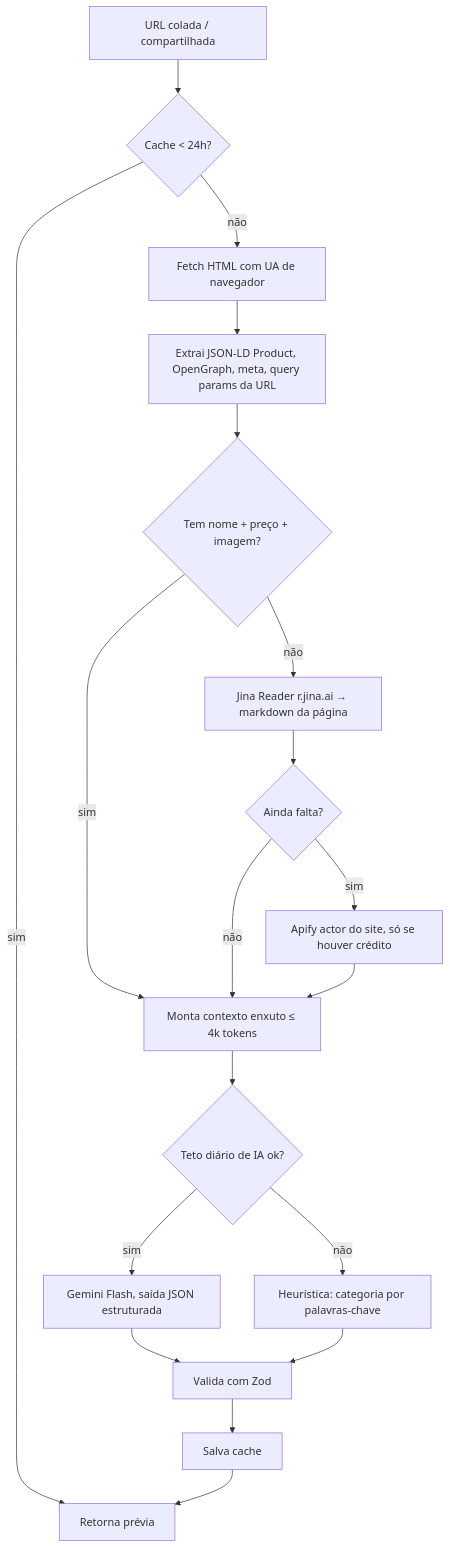
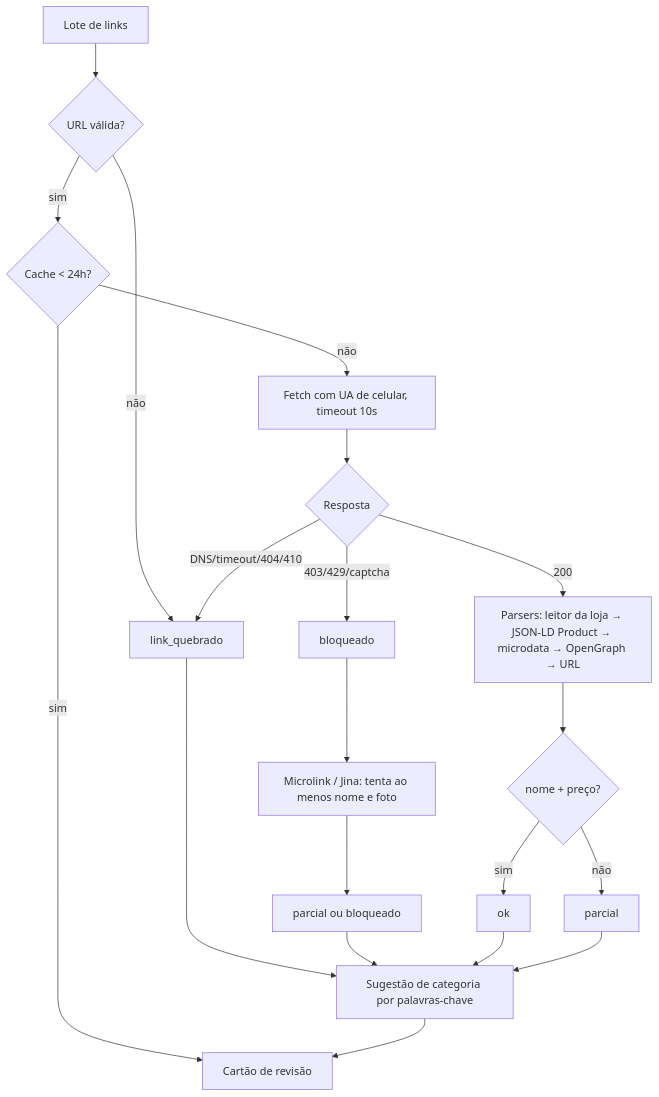
One commit to LauraPontara/love-wishlist changed the third of 3 diagrams in docs/arquitetura.md. Above: the diagram before and after it, drawn with Mermaid. The commit also changed other lines of this file and 8 other files, not shown here.

First line of the commit message:
docs+db: requisitos fechados, combos de presente e schema inicial

````diff
--- a/docs/arquitetura.md
+++ b/docs/arquitetura.md
@@ -144,20 +196,18 @@
 ```mermaid
 flowchart TD
-  A[URL colada / compartilhada] --> B{Cache < 24h?}
-  B -- sim --> Z[Retorna prévia]
-  B -- não --> C[Fetch HTML com UA de navegador]
-  C --> D[Extrai JSON-LD Product, OpenGraph, meta, query params da URL]
-  D --> E{Tem nome + preço + imagem?}
-  E -- não --> F[Jina Reader r.jina.ai → markdown da página]
-  F --> G{Ainda falta?}
-  G -- sim --> H[Apify actor do site, só se houver crédito]
-  E -- sim --> I
-  G -- não --> I
-  H --> I[Monta contexto enxuto ≤ 4k tokens]
-  I --> J{Teto diário de IA ok?}
-  J -- sim --> K[Gemini Flash, saída JSON estruturada]
-  J -- não --> L[Heurística: categoria por palavras-chave]
-  K --> M[Valida com Zod]
-  L --> M
-  M --> N[Salva cache] --> Z
+  A[Lote de links] --> V{URL válida?}
+  V -- não --> Q[link_quebrado]
+  V -- sim --> C{Cache < 24h?}
+  C -- sim --> R[Cartão de revisão]
+  C -- não --> F[Fetch com UA de celular, timeout 10s]
+  F --> S{Resposta}
+  S -- DNS/timeout/404/410 --> Q
+  S -- 403/429/captcha --> B[bloqueado]
+  S -- 200 --> P[Parsers: leitor da loja → JSON-LD Product → microdata → OpenGraph → URL]
+  B --> M[Microlink / Jina: tenta ao menos nome e foto]
+  M --> P2[parcial ou bloqueado]
+  P --> K{nome + preço?}
+  K -- sim --> OK[ok]
+  K -- não --> PA[parcial]
+  Q & P2 & OK & PA --> CAT[Sugestão de categoria por palavras-chave] --> R
 ```
````
